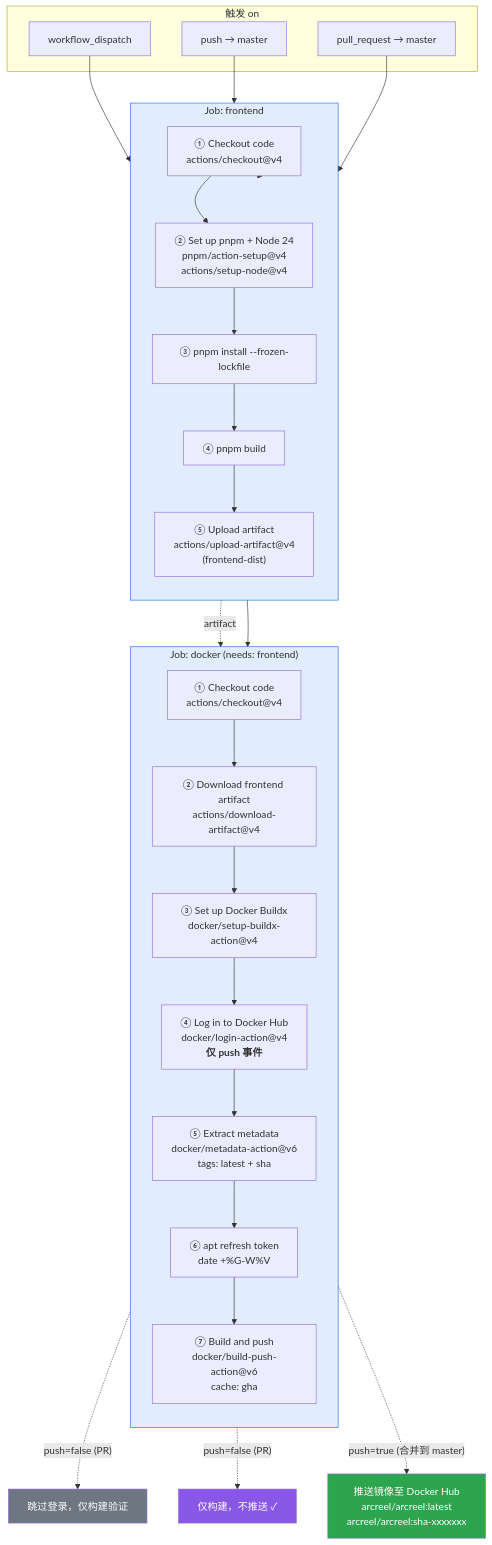
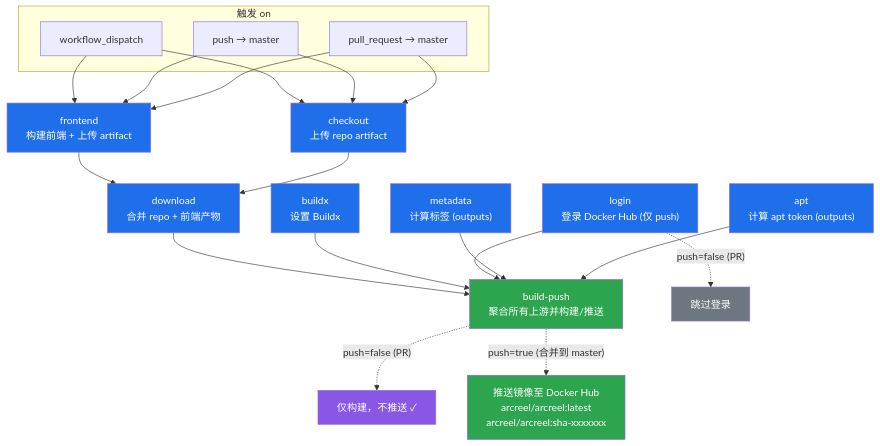
One commit to myvivk/ArcReel-main changed the diagram in .github/workflows/docker-build.md. Above: the diagram before and after it, drawn with Mermaid. The commit also changed other lines of this file and 1 other file, not shown here.

Commit message:
refactor(ci): split each step into its own job for graph visualization

````diff
--- a/.github/workflows/docker-build.md
+++ b/.github/workflows/docker-build.md
@@ -5,47 +5,48 @@
 ```mermaid
 flowchart TD
     subgraph TRIG["触发 on"]
         T1["workflow_dispatch"]
         T2["push → master"]
         T3["pull_request → master"]
     end
 
-    T1 --> F
-    T2 --> F
-    T3 --> F
+    T1 --> JF
+    T2 --> JF
+    T3 --> JF
+    T1 --> JC
+    T2 --> JC
+    T3 --> JC
 
-    subgraph JOBF["Job: frontend"]
-        direction TB
-        F["① Checkout code<br/>actions/checkout@v4"] --> F2
-        F2["② Set up pnpm + Node 24<br/>pnpm/action-setup@v4<br/>actions/setup-node@v4"] --> F3
-        F3["③ pnpm install --frozen-lockfile"] --> F4
-        F4["④ pnpm build"] --> F5
-        F5["⑤ Upload artifact<br/>actions/upload-artifact@v4<br/>(frontend-dist)"]
-    end
+    JF["frontend<br/>构建前端 + 上传 artifact"]
+    JC["checkout<br/>上传 repo artifact"]
+    JD["download<br/>合并 repo + 前端产物"]
+    JB["buildx<br/>设置 Buildx"]
+    JL["login<br/>登录 Docker Hub (仅 push)"]
+    JM["metadata<br/>计算标签 (outputs)"]
+    JA["apt<br/>计算 apt token (outputs)"]
+    JP["build-push<br/>聚合所有上游并构建/推送"]
 
-    F5 -.->|artifact| D2
+    JF --> JD
+    JC --> JD
+    JD --> JP
+    JB --> JP
+    JL --> JP
+    JM --> JP
+    JA --> JP
 
-    subgraph JOBD["Job: docker (needs: frontend)"]
-        direction TB
-        D1["① Checkout code<br/>actions/checkout@v4"] --> D2
-        D2["② Download frontend artifact<br/>actions/download-artifact@v4"] --> D3
-        D3["③ Set up Docker Buildx<br/>docker/setup-buildx-action@v4"] --> D4
-        D4["④ Log in to Docker Hub<br/>docker/login-action@v4<br/><b>仅 push 事件</b>"] --> D5
-        D5["⑤ Extract metadata<br/>docker/metadata-action@v6<br/>tags: latest + sha"] --> D6
-        D6["⑥ apt refresh token<br/>date +%G-W%V"] --> D7
-        D7["⑦ Build and push<br/>docker/build-push-action@v6<br/>cache: gha"]
-    end
+    JL -. "push=false (PR)" .-> Skip["跳过登录"]
+    JP -. "push=false (PR)" .-> N["仅构建，不推送 ✓"]
+    JP -. "push=true (合并到 master)" .-> P["推送镜像至 Docker Hub<br/>arcreel/arcreel:latest<br/>arcreel/arcreel:sha-xxxxxxx"]
 
-    F --> JOBF
-    JOBF --> JOBD
-
-    D4 -. "push=false (PR)" .-> Skip["跳过登录，仅构建验证"]
-    D7 -. "push=false (PR)" .-> N["仅构建，不推送 ✓"]
-    D7 -. "push=true (合并到 master)" .-> P["推送镜像至 Docker Hub<br/>arcreel/arcreel:latest<br/>arcreel/arcreel:sha-xxxxxxx"]
-
-    style JOBF fill:#1f6feb22,stroke:#1f6feb
-    style JOBD fill:#1f6feb22,stroke:#1f6feb
+    style JF fill:#1f6feb,color:#fff
+    style JC fill:#1f6feb,color:#fff
+    style JD fill:#1f6feb,color:#fff
+    style JB fill:#1f6feb,color:#fff
+    style JL fill:#1f6feb,color:#fff
+    style JM fill:#1f6feb,color:#fff
+    style JA fill:#1f6feb,color:#fff
+    style JP fill:#2da44e,color:#fff
     style P fill:#2da44e,color:#fff
     style N fill:#8957e5,color:#fff
     style Skip fill:#6e7681,color:#fff
 ```
````
